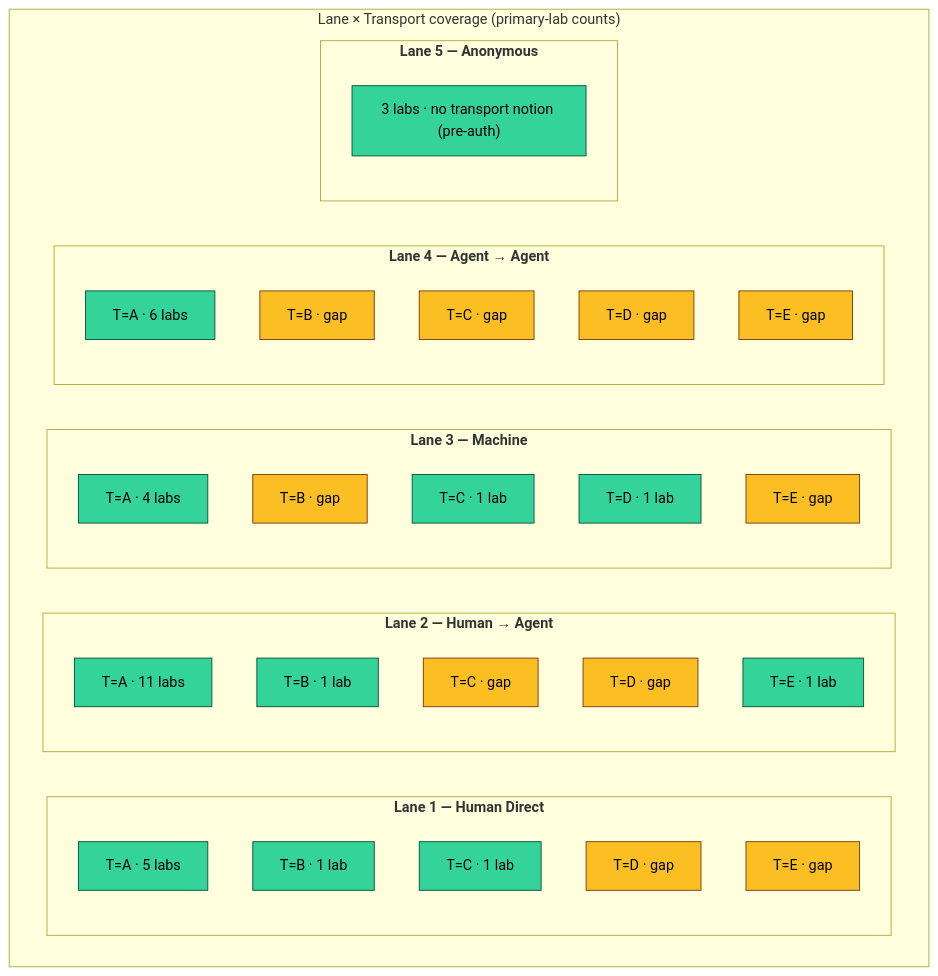
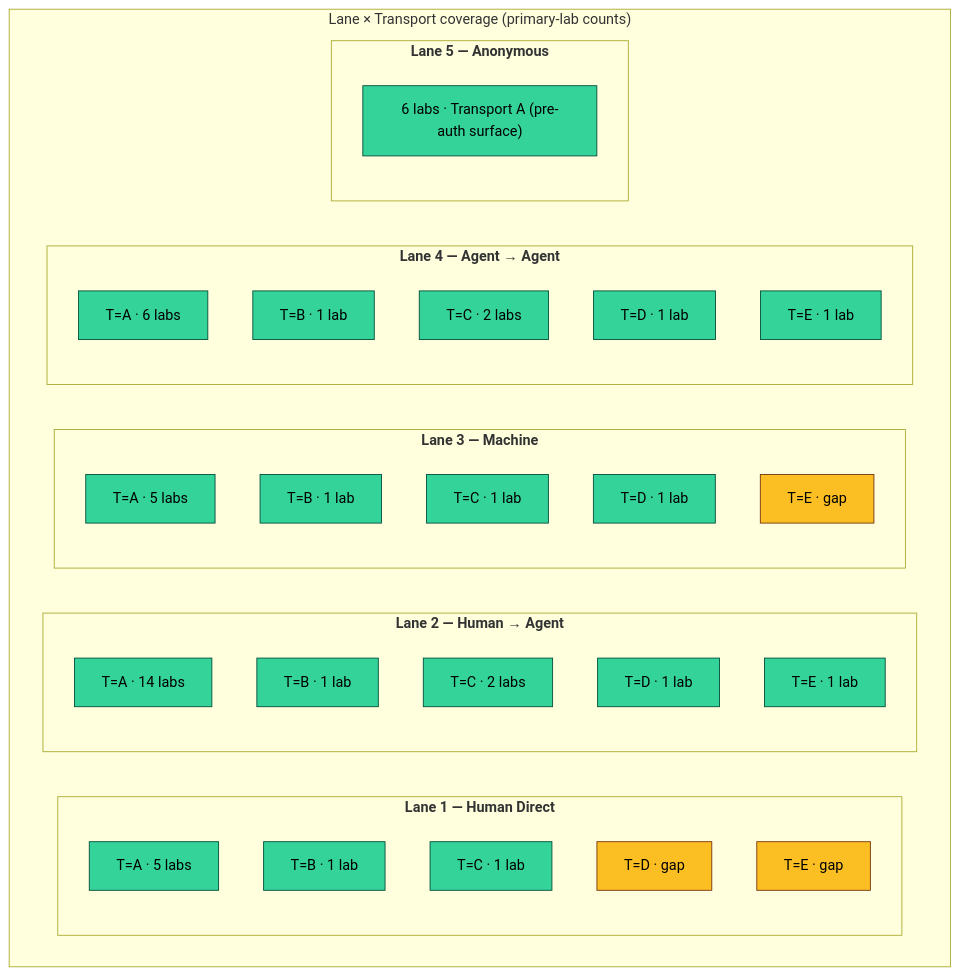
One commit to babywyrm/agentic-sec changed the diagram in docs/identity-flows.md. Above: the diagram before and after it, drawn with Mermaid. The commit also changed other lines of this file and 2 other files, not shown here.

First line of the commit message:
docs: align all counts to 51 labs, fix stale transport gap text

````diff
--- a/docs/identity-flows.md
+++ b/docs/identity-flows.md
@@ -401,39 +401,39 @@
 ```mermaid
 flowchart TB
   subgraph grid["Lane × Transport coverage (primary-lab counts)"]
     direction LR
     subgraph lane1["<b>Lane 1 — Human Direct</b>"]
       L1A["T=A · 5 labs"]:::filled
       L1B["T=B · 1 lab"]:::filled
       L1C["T=C · 1 lab"]:::filled
       L1D["T=D · gap"]:::gap
       L1E["T=E · gap"]:::gap
     end
     subgraph lane2["<b>Lane 2 — Human → Agent</b>"]
-      L2A["T=A · 11 labs"]:::filled
+      L2A["T=A · 14 labs"]:::filled
       L2B["T=B · 1 lab"]:::filled
-      L2C["T=C · gap"]:::gap
-      L2D["T=D · gap"]:::gap
+      L2C["T=C · 2 labs"]:::filled
+      L2D["T=D · 1 lab"]:::filled
       L2E["T=E · 1 lab"]:::filled
     end
     subgraph lane3["<b>Lane 3 — Machine</b>"]
-      L3A["T=A · 4 labs"]:::filled
-      L3B["T=B · gap"]:::gap
+      L3A["T=A · 5 labs"]:::filled
+      L3B["T=B · 1 lab"]:::filled
       L3C["T=C · 1 lab"]:::filled
       L3D["T=D · 1 lab"]:::filled
       L3E["T=E · gap"]:::gap
     end
     subgraph lane4["<b>Lane 4 — Agent → Agent</b>"]
       L4A["T=A · 6 labs"]:::filled
-      L4B["T=B · gap"]:::gap
-      L4C["T=C · gap"]:::gap
-      L4D["T=D · gap"]:::gap
-      L4E["T=E · gap"]:::gap
+      L4B["T=B · 1 lab"]:::filled
+      L4C["T=C · 2 labs"]:::filled
+      L4D["T=D · 1 lab"]:::filled
+      L4E["T=E · 1 lab"]:::filled
     end
     subgraph lane5["<b>Lane 5 — Anonymous</b>"]
-      L5["3 labs · no transport notion (pre-auth)"]:::filled
+      L5["6 labs · Transport A (pre-auth surface)"]:::filled
     end
   end
   classDef filled fill:#34d399,stroke:#064e3b,color:#000;
   classDef gap    fill:#fbbf24,stroke:#78350f,color:#000;
 ```
````
